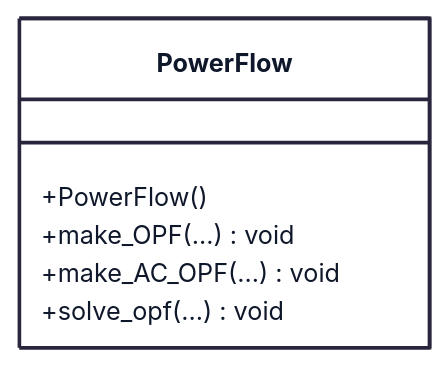
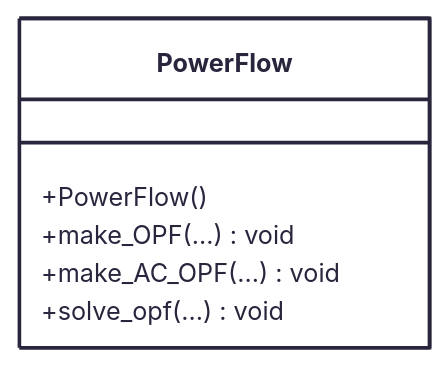
One commit to yiquintero/tmp changed the eighth of 10 diagrams in class_diagram.md. Above: the diagram before and after it, drawn with Mermaid. The commit also changed other lines of this file, not shown here.

First line of the commit message:
Remove themeVariables from class diagram configuration

````diff
--- a/class_diagram.md
+++ b/class_diagram.md
@@ -330,20 +330,16 @@
 ```mermaid
 ---
 config:
   theme: redux-color
-  themeVariables:
-    fontFamily: Segoe UI, -apple-system, BlinkMacSystemFont, sans-serif
-    lineColor: "#64748B"
-    primaryTextColor: "#0F172A"
   class:
     hideEmptyMembersBox: true
 ---
 classDiagram
   
   class PowerFlow {
     +PowerFlow()
     +make_OPF(...) void
     +make_AC_OPF(...) void
     +solve_opf(...) void
   }
 ```
````
